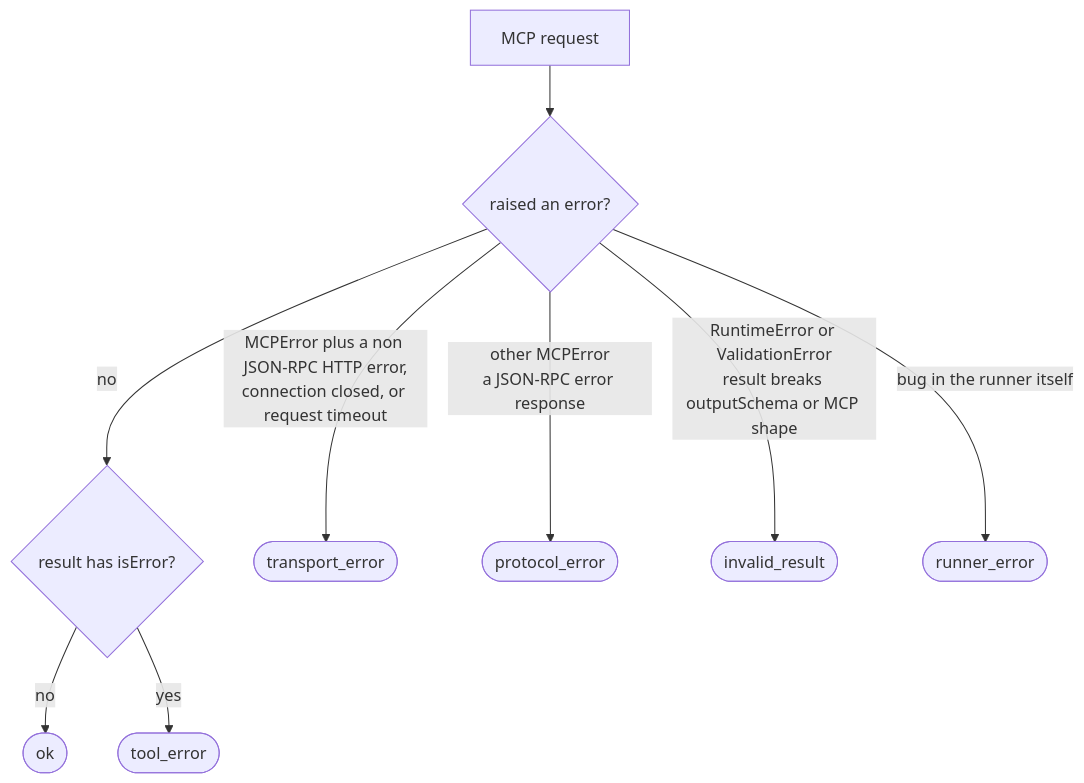
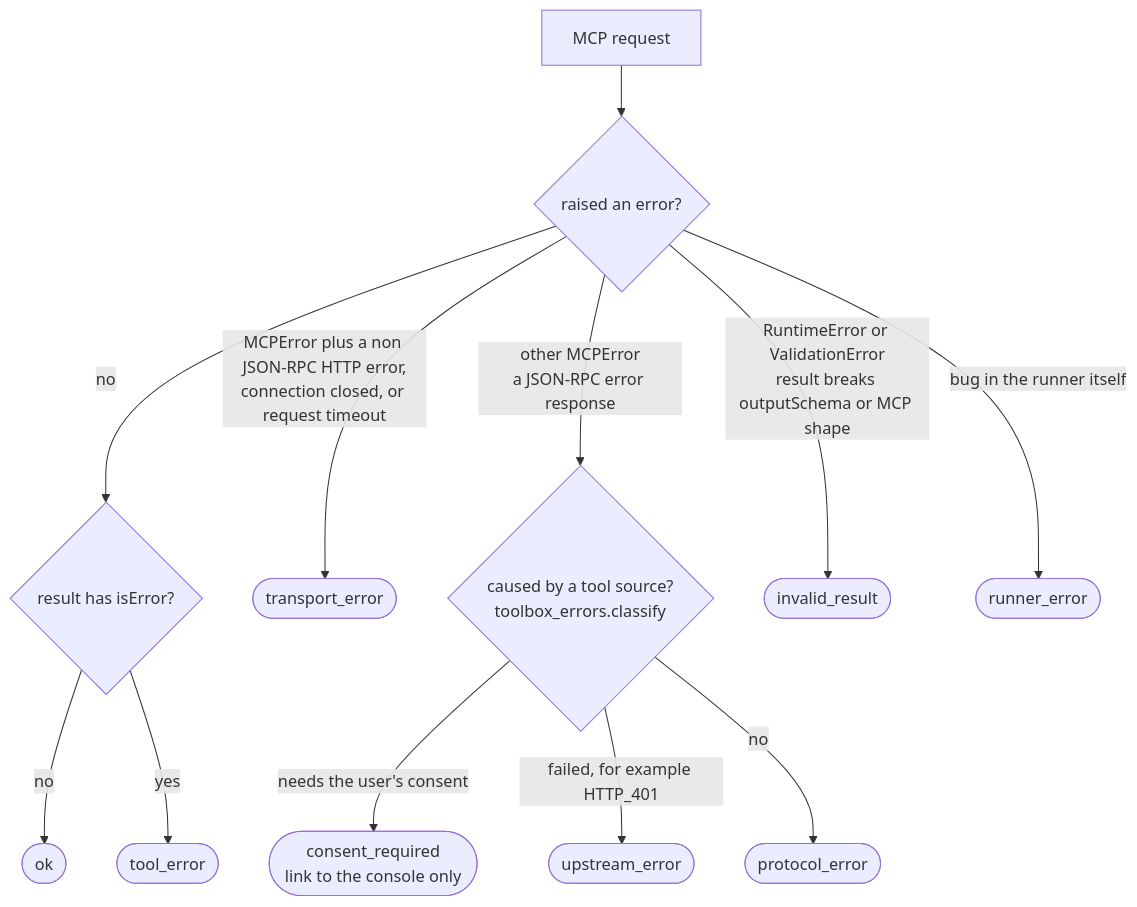
The seventh of 17 diagrams in docs/architecture.md (bradrlaw/foundryToolboxEval), drawn with Mermaid before and after one commit. The commit also changed other lines of this file and 36 other files, not shown here.

````diff
--- a/docs/architecture.md
+++ b/docs/architecture.md
@@ -313,11 +331,14 @@
 ```mermaid
 flowchart TD
     req["MCP request"] --> raised{"raised an error?"}
     raised -->|"no"| iserr{"result has isError?"}
     iserr -->|"no"| ok(["ok"])
     iserr -->|"yes"| toolerr(["tool_error"])
     raised -->|"MCPError plus a non JSON-RPC HTTP error,<br/>connection closed, or request timeout"| transport(["transport_error"])
-    raised -->|"other MCPError<br/>a JSON-RPC error response"| protocol(["protocol_error"])
+    raised -->|"other MCPError<br/>a JSON-RPC error response"| source{"caused by a tool source?<br/>toolbox_errors.classify"}
+    source -->|"needs the user's consent"| consent(["consent_required<br/>link to the console only"])
+    source -->|"failed, for example HTTP_401"| upstream(["upstream_error"])
+    source -->|"no"| protocol(["protocol_error"])
     raised -->|"RuntimeError or ValidationError<br/>result breaks outputSchema or MCP shape"| invalid(["invalid_result"])
     raised -->|"bug in the runner itself"| runner(["runner_error"])
 ```
````
